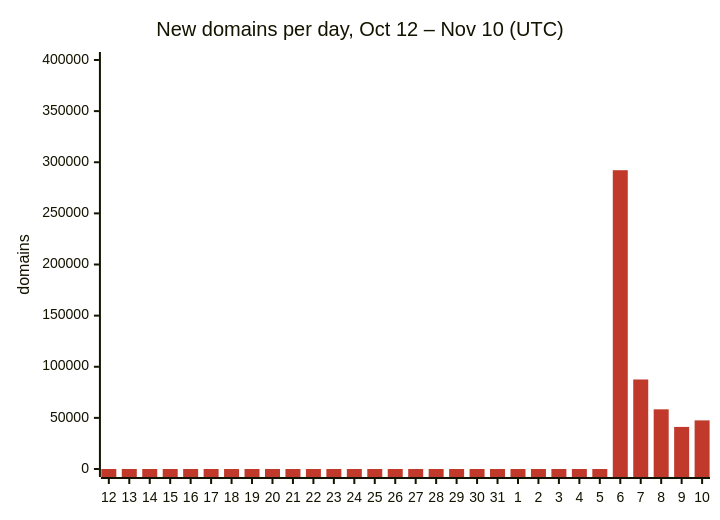
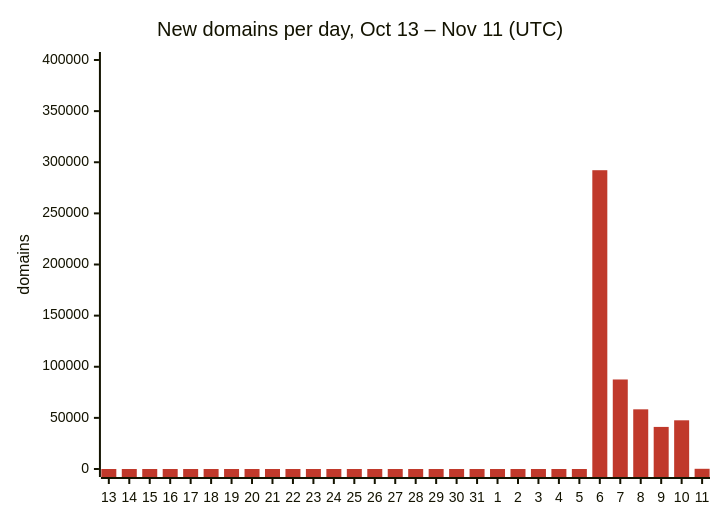
The first of 3 diagrams in README.md (DNSBunker/CTI), drawn with Mermaid before and after one commit. The commit also changed other lines of this file and 3 other files, not shown here.

First line of the commit message:
Update 2026-11-11 00:07 UTC: 418342 domains

````diff
--- a/README.md
+++ b/README.md
@@ -29,8 +29,8 @@
 ```mermaid
 %%{init: {"themeVariables": {"xyChart": {"plotColorPalette": "#c0392b"}}}}%%
 xychart-beta
-    title "New domains per day, Oct 12 – Nov 10 (UTC)"
-    x-axis ["12", "13", "14", "15", "16", "17", "18", "19", "20", "21", "22", "23", "24", "25", "26", "27", "28", "29", "30", "31", "1", "2", "3", "4", "5", "6", "7", "8", "9", "10"]
+    title "New domains per day, Oct 13 – Nov 11 (UTC)"
+    x-axis ["13", "14", "15", "16", "17", "18", "19", "20", "21", "22", "23", "24", "25", "26", "27", "28", "29", "30", "31", "1", "2", "3", "4", "5", "6", "7", "8", "9", "10", "11"]
     y-axis "domains" 0 --> 400000
-    bar [0, 0, 0, 0, 0, 0, 0, 0, 0, 0, 0, 0, 0, 0, 0, 0, 0, 0, 0, 0, 0, 0, 0, 0, 0, 292213, 87546, 58360, 41156, 47557]
+    bar [0, 0, 0, 0, 0, 0, 0, 0, 0, 0, 0, 0, 0, 0, 0, 0, 0, 0, 0, 0, 0, 0, 0, 0, 292213, 87546, 58360, 41156, 47623, 199]
 ```
````
